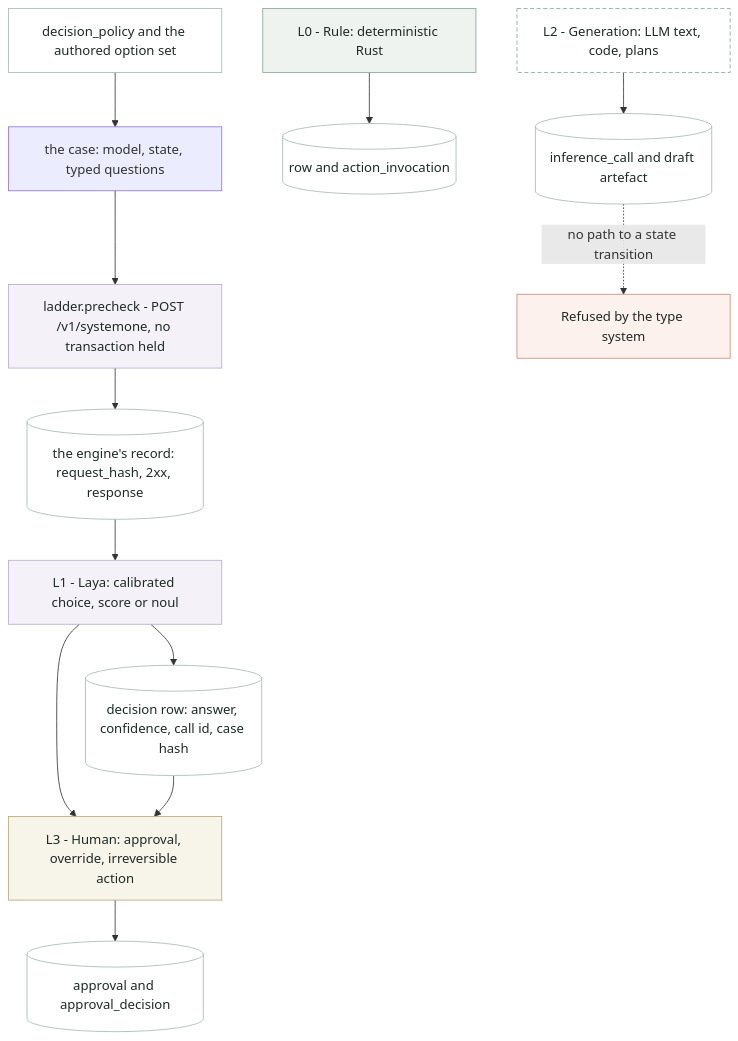
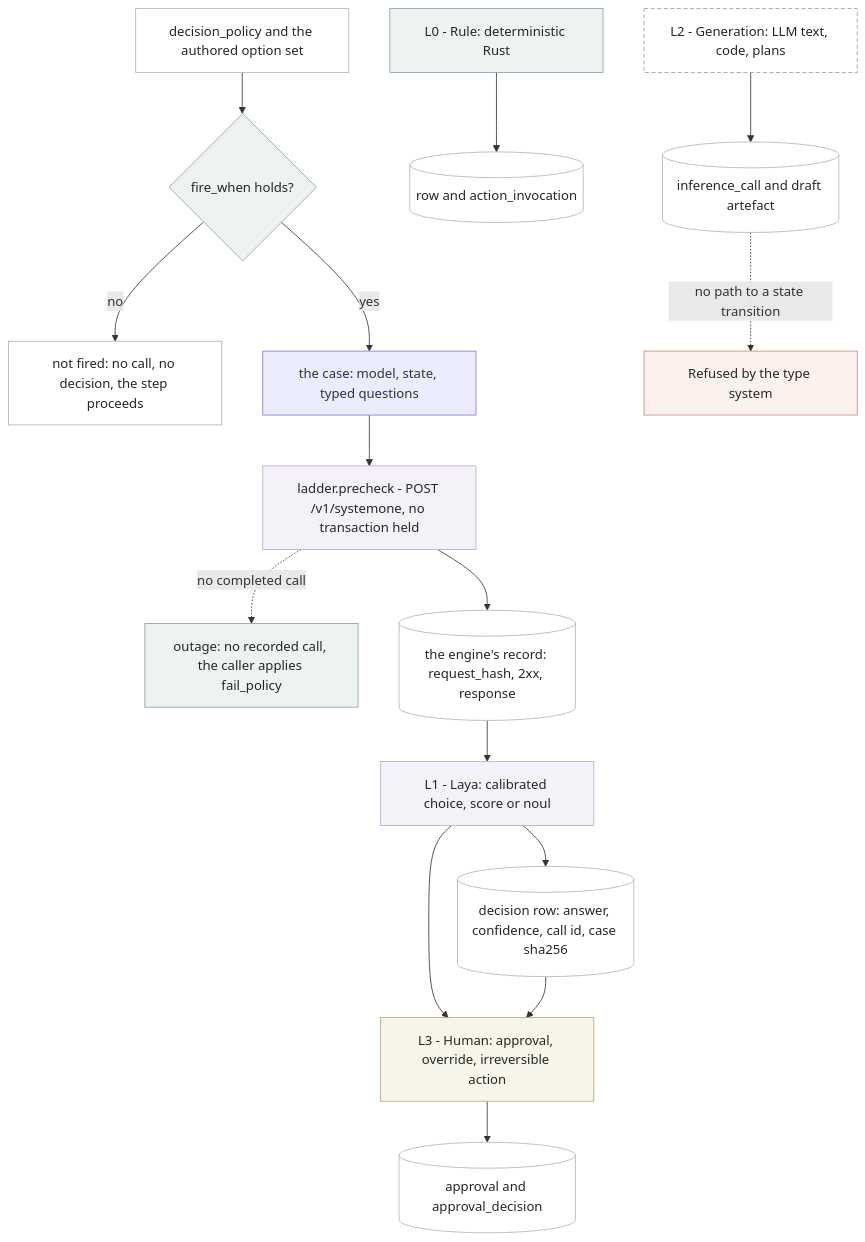
One commit to nonagenticai/conveyor changed the diagram in docs/design/architecture/diagrams/decision-ladder.mmd. Above: the diagram before and after it, drawn with Mermaid. The commit also changed 8 other files, not shown here.

First line of the commit message:
docs(s21): step-10 artifacts carry the corrected L1 outage semantics (#656)

```diff
--- a/docs/design/architecture/diagrams/decision-ladder.mmd
+++ b/docs/design/architecture/diagrams/decision-ladder.mmd
@@ -1,30 +1,36 @@
 flowchart TD
   L0["L0 - Rule: deterministic Rust"]:::rule
   P["decision_policy and the authored option set"]:::row
+  F{"fire_when holds?"}:::rule
+  S["not fired: no call, no decision, the step proceeds"]:::row
   C["the case: model, state, typed questions"]
   K["ladder.precheck - POST /v1/systemone, no transaction held"]:::laya
+  U["outage: no recorded call, the caller applies fail_policy"]:::rule
   V[("the engine's record: request_hash, 2xx, response")]:::row
   L1["L1 - Laya: calibrated choice, score or noul"]:::laya
   L2["L2 - Generation: LLM text, code, plans"]:::gen
   L3["L3 - Human: approval, override, irreversible action"]:::human
   R0[("row and action_invocation")]:::row
-  R1[("decision row: answer, confidence, call id, case hash")]:::row
+  R1[("decision row: answer, confidence, call id, case sha256")]:::row
   R2[("inference_call and draft artefact")]:::row
   R3[("approval and approval_decision")]:::row
   L0 --> R0
-  P --> C
+  P --> F
+  F -->|no| S
+  F -->|yes| C
   C --> K
+  K -.->|no completed call| U
   K --> V
   V --> L1
   L1 --> R1
   L2 --> R2
   L3 --> R3
   R2 -. no path to a state transition .-> X["Refused by the type system"]:::refused
   L1 --> L3
   R1 --> L3
   classDef rule fill:#eef3ef,stroke:#8aa596,color:#1f2a24
   classDef laya fill:#f4f1f8,stroke:#b9acce,color:#1f2a24
   classDef gen fill:#ffffff,stroke:#8aa596,stroke-dasharray:5 3,color:#1f2a24
   classDef human fill:#f7f4ea,stroke:#b9a77a,color:#1f2a24
   classDef row fill:#ffffff,stroke:#a9b8b0,color:#1f2a24
   classDef refused fill:#fdf1ee,stroke:#c98b7b,color:#1f2a24
```
